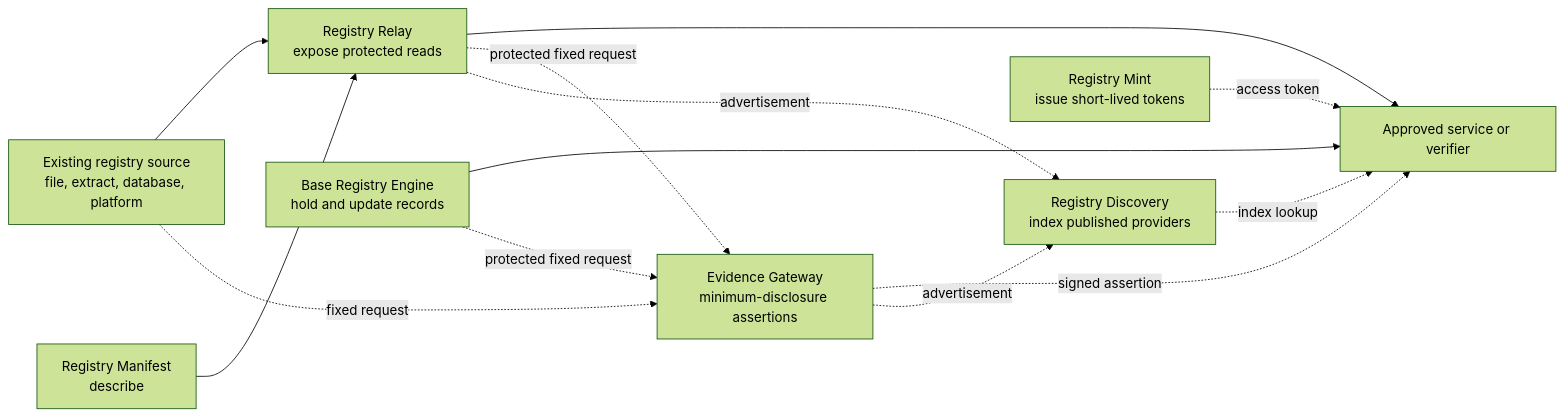
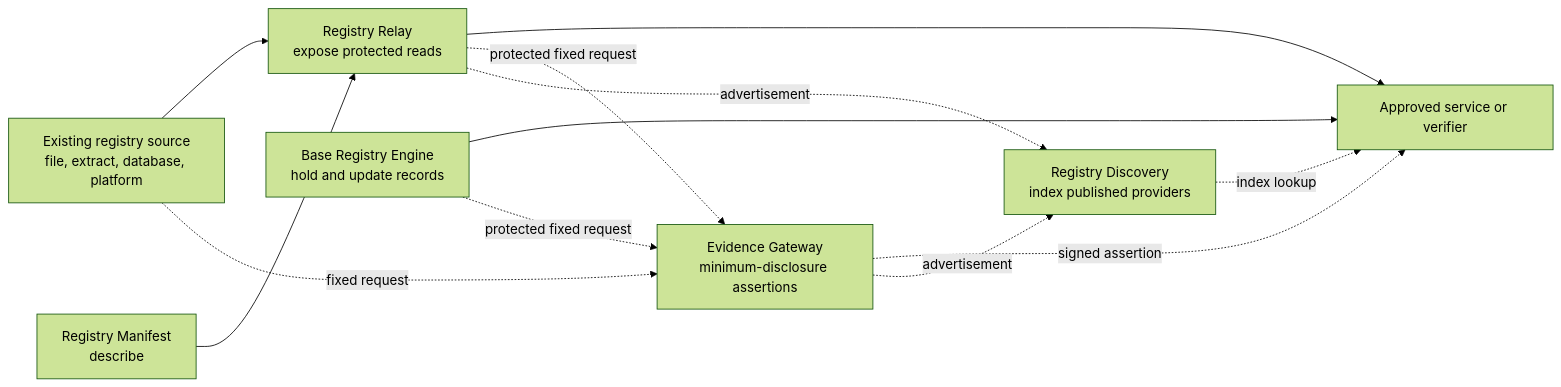
Before and after one commit to registrystack/registry-stack: the diagram in README.md, drawn with Mermaid (forest theme). The commit also changed other lines of this file and 81 other files, not shown here.

Commit message:
docs: retire current Registry Mint guidance

````diff
--- a/README.md
+++ b/README.md
@@ -106,24 +105,22 @@
 ```mermaid
 flowchart LR
     source["Existing registry source<br/>file, extract, database, platform"]
     manifest["Registry Manifest<br/>describe"]
     relay["Registry Relay<br/>expose protected reads"]
     breg["Base Registry Engine<br/>hold and update records"]
     evidence["Evidence Gateway<br/>minimum-disclosure assertions"]
     discovery["Registry Discovery<br/>index published providers"]
-    mint["Registry Mint<br/>issue short-lived tokens"]
     caller["Approved service or verifier"]
 
     source --> relay
     manifest --> relay
     relay --> caller
     breg --> caller
     source -. fixed request .-> evidence
     relay -. protected fixed request .-> evidence
     breg -. protected fixed request .-> evidence
     evidence -. signed assertion .-> caller
-    mint -. access token .-> caller
     relay -. advertisement .-> discovery
     evidence -. advertisement .-> discovery
     discovery -. index lookup .-> caller
 ```
````
